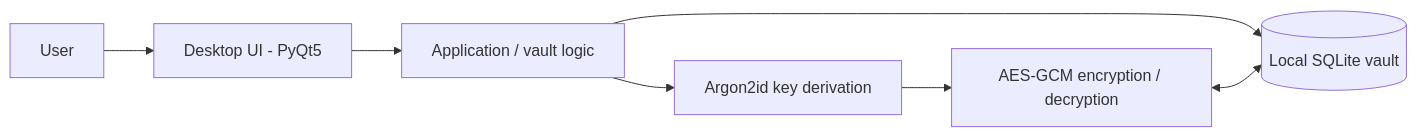
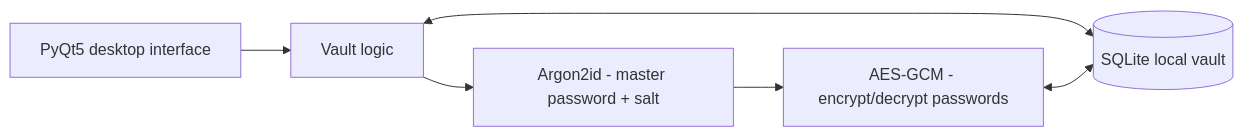
The diagram in README.md (JustSami2005/Syberlock), drawn with Mermaid before and after one commit. The commit also changed other lines of this file, not shown here.

Commit message:
docs: describe implemented vault flow and nonce handling

````diff
--- a/README.md
+++ b/README.md
@@ -24,9 +33,8 @@
 ```mermaid
 flowchart LR
-    U[User] --> UI[Desktop UI - PyQt5]
-    UI --> APP[Application / vault logic]
-    APP --> KDF[Argon2id key derivation]
-    KDF --> AEAD[AES-GCM encryption / decryption]
-    APP --> DB[(Local SQLite vault)]
+    UI[PyQt5 desktop interface] --> Logic[Vault logic]
+    Logic --> KDF[Argon2id - master password + salt]
+    KDF --> AEAD[AES-GCM - encrypt/decrypt passwords]
+    Logic <--> DB[(SQLite local vault)]
     AEAD <--> DB
 ```
````
